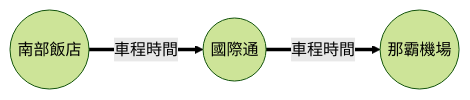
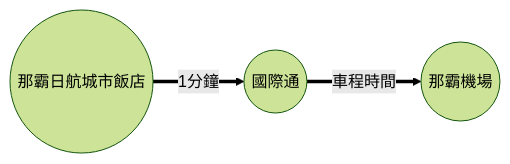
One commit to wilder640/trip changed the sixth of 6 diagrams in docs/blog/posts/okinawa/okinawa-2024-12/okinawa-2024-12.md. Above: the diagram before and after it, drawn with Mermaid (forest theme). The commit also changed other lines of this file and 13 other files, not shown here.

````diff
--- a/docs/blog/posts/okinawa/okinawa-2024-12/okinawa-2024-12.md
+++ b/docs/blog/posts/okinawa/okinawa-2024-12/okinawa-2024-12.md
@@ -94,4 +183,4 @@
 ``` mermaid
 graph LR
-  A((南部飯店)) == 車程時間 ==> B((國際通)) == 車程時間 ==> C((那霸機場))
+  A((那霸日航城市飯店)) == 1分鐘 ==> B((國際通)) == 車程時間 ==> C((那霸機場))
 ```
````
